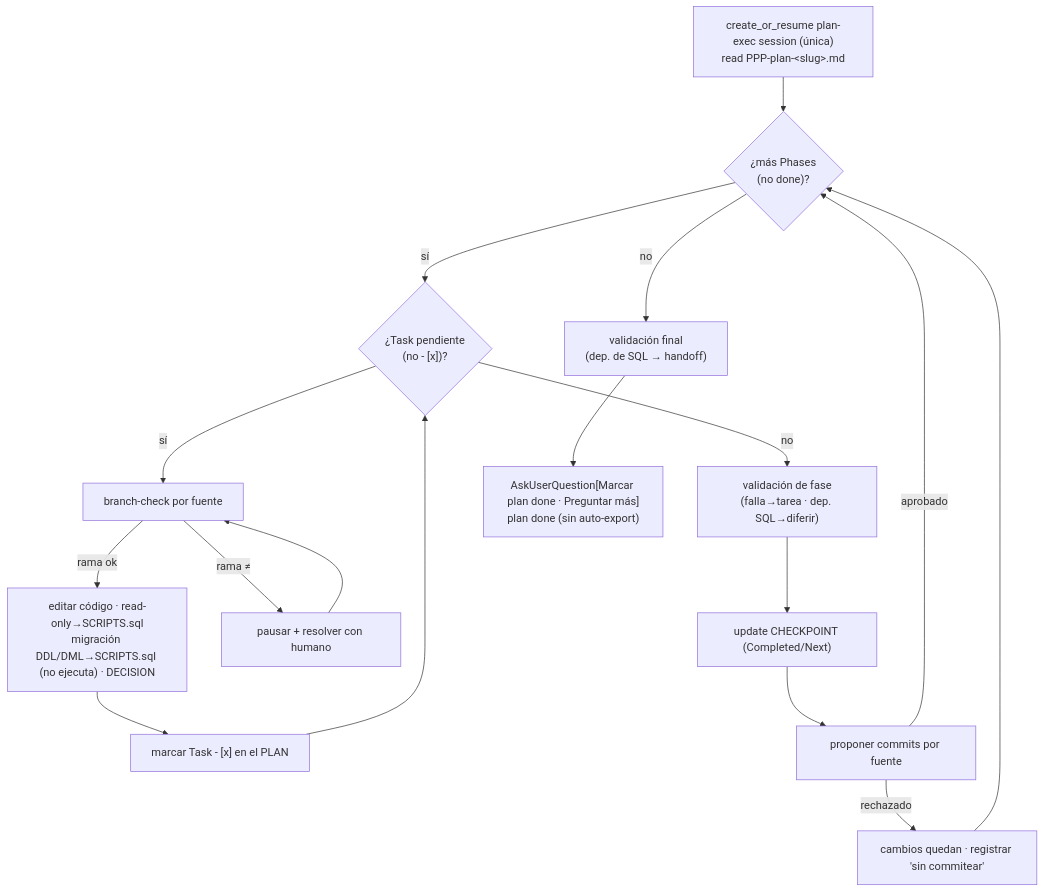
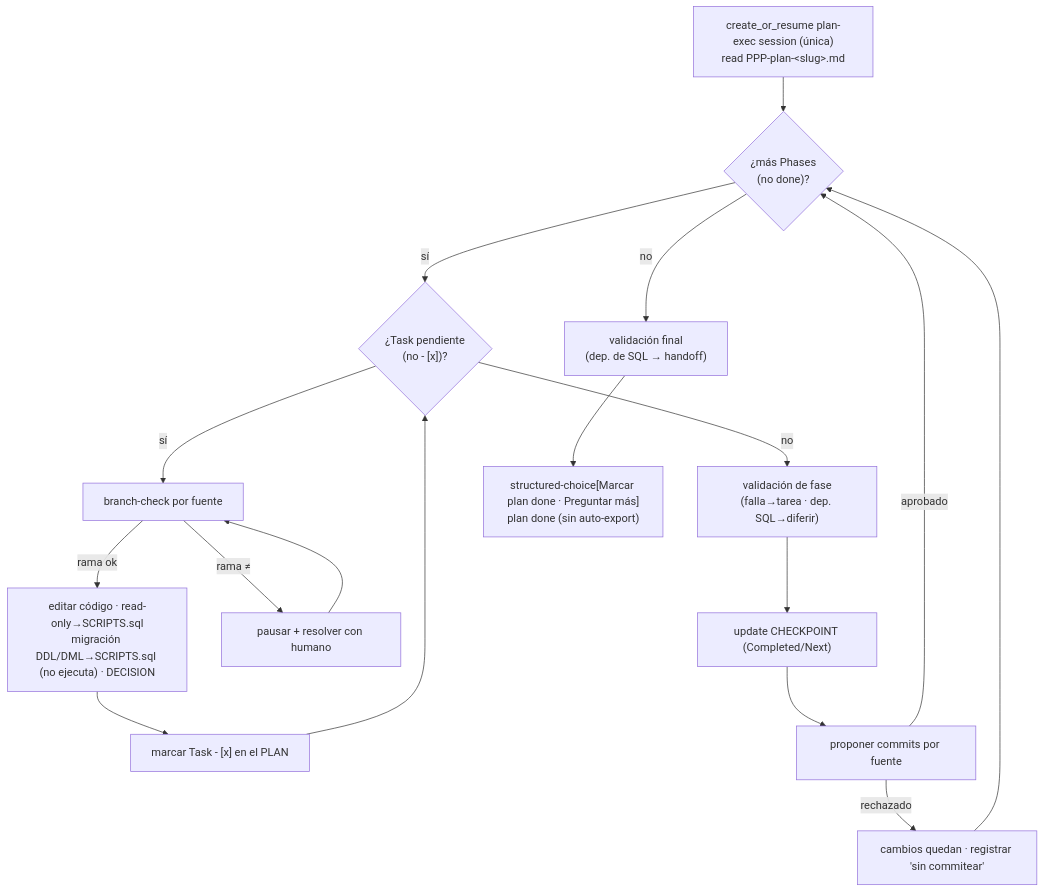
One commit to Tacuchi/agent-workflow-cli changed the diagram in skills/w/loops/plan-exec-loop/SKILL.md. Above: the diagram before and after it, drawn with Mermaid. The commit also changed other lines of this file and 34 other files, not shown here.

````diff
--- a/skills/w/loops/plan-exec-loop/SKILL.md
+++ b/skills/w/loops/plan-exec-loop/SKILL.md
@@ -139,19 +141,19 @@
 ```mermaid
 flowchart TD
     S["create_or_resume plan-exec session (única)<br/>read PPP-plan-&lt;slug&gt;.md"] --> P{"¿más Phases<br/>(no done)?"}
     P -->|no| V2["validación final<br/>(dep. de SQL → handoff)"]
     P -->|sí| T{"¿Task pendiente<br/>(no - [x])?"}
     T -->|sí| G["branch-check por fuente"]
     G -->|rama ok| DO["editar código · read-only→SCRIPTS.sql<br/>migración DDL/DML→SCRIPTS.sql (no ejecuta) · DECISION"]
     G -->|rama ≠| PA["pausar + resolver con humano"]
     PA --> G
     DO --> MK["marcar Task - [x] en el PLAN"]
     MK --> T
     T -->|no| VP["validación de fase<br/>(falla→tarea · dep. SQL→diferir)"]
     VP --> CK["update CHECKPOINT (Completed/Next)"]
     CK --> CM["proponer commits por fuente"]
     CM -->|aprobado| P
     CM -->|rechazado| RJ["cambios quedan · registrar 'sin commitear'"]
     RJ --> P
-    V2 --> FIN["AskUserQuestion[Marcar plan done · Preguntar más]<br/>plan done (sin auto-export)"]
+    V2 --> FIN["structured-choice[Marcar plan done · Preguntar más]<br/>plan done (sin auto-export)"]
 ```
````
